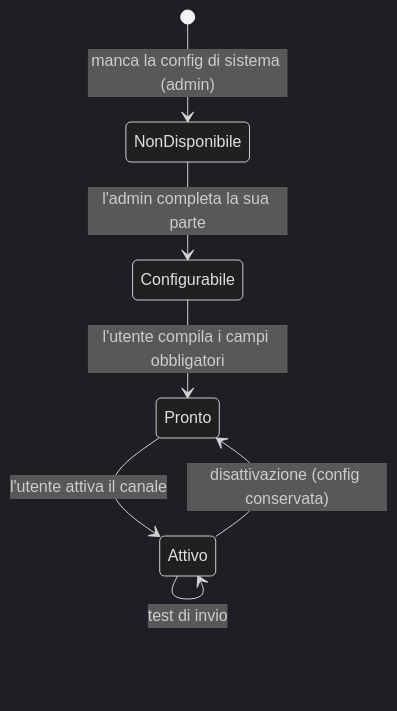
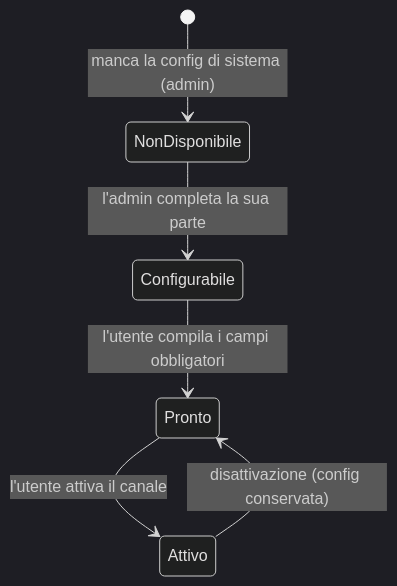
The diagram in docs-ita/3-features/user/profile-and-notifiers.md (caporalesimone/watch-em-all), drawn with Mermaid (dark theme) before and after one commit. The commit also changed other lines of this file and 7 other files, not shown here.

````diff
--- a/docs-ita/3-features/user/profile-and-notifiers.md
+++ b/docs-ita/3-features/user/profile-and-notifiers.md
@@ -32,9 +32,8 @@
 ```mermaid
 stateDiagram-v2
     [*] --> NonDisponibile: manca la config di sistema (admin)
     NonDisponibile --> Configurabile: l'admin completa la sua parte
     Configurabile --> Pronto: l'utente compila i campi obbligatori
     Pronto --> Attivo: l'utente attiva il canale
     Attivo --> Pronto: disattivazione (config conservata)
-    Attivo --> Attivo: test di invio
 ```
````
